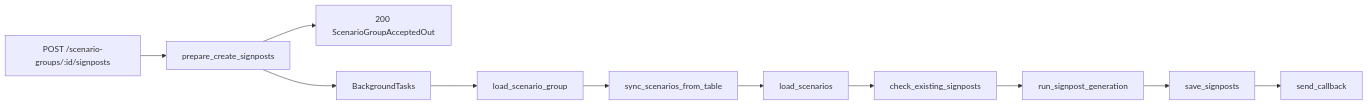
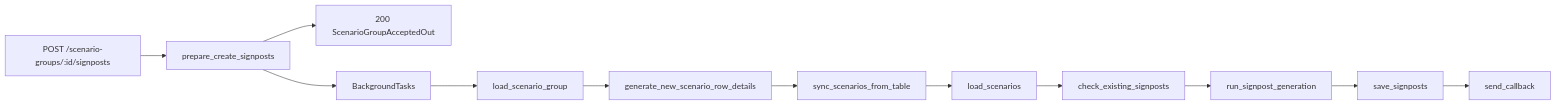
One commit to enkhbaatarL/skmip-mi-agent changed the third of 8 diagrams in docs/architectures/scenario_group_agent_flow_pipeline.md. Above: the diagram before and after it, drawn with Mermaid. The commit also changed other lines of this file and 15 other files, not shown here.

First line of the commit message:
feat: enhance scenario generation flow with new row details

````diff
--- a/docs/architectures/scenario_group_agent_flow_pipeline.md
+++ b/docs/architectures/scenario_group_agent_flow_pipeline.md
@@ -254,13 +257,14 @@
 ```mermaid
 flowchart LR
     A[POST /scenario-groups/:id/signposts] --> B[prepare_create_signposts]
     B --> C[200 ScenarioGroupAcceptedOut]
     B --> D[BackgroundTasks]
     D --> E[load_scenario_group]
-    E --> F[sync_scenarios_from_table]
-    F --> G[load_scenarios]
-    G --> H[check_existing_signposts]
-    H --> I[run_signpost_generation]
-    I --> J[save_signposts]
-    J --> K[send_callback]
+    E --> F[generate_new_scenario_row_details]
+    F --> G[sync_scenarios_from_table]
+    G --> H[load_scenarios]
+    H --> I[check_existing_signposts]
+    I --> J[run_signpost_generation]
+    J --> K[save_signposts]
+    K --> L[send_callback]
 ```
````
